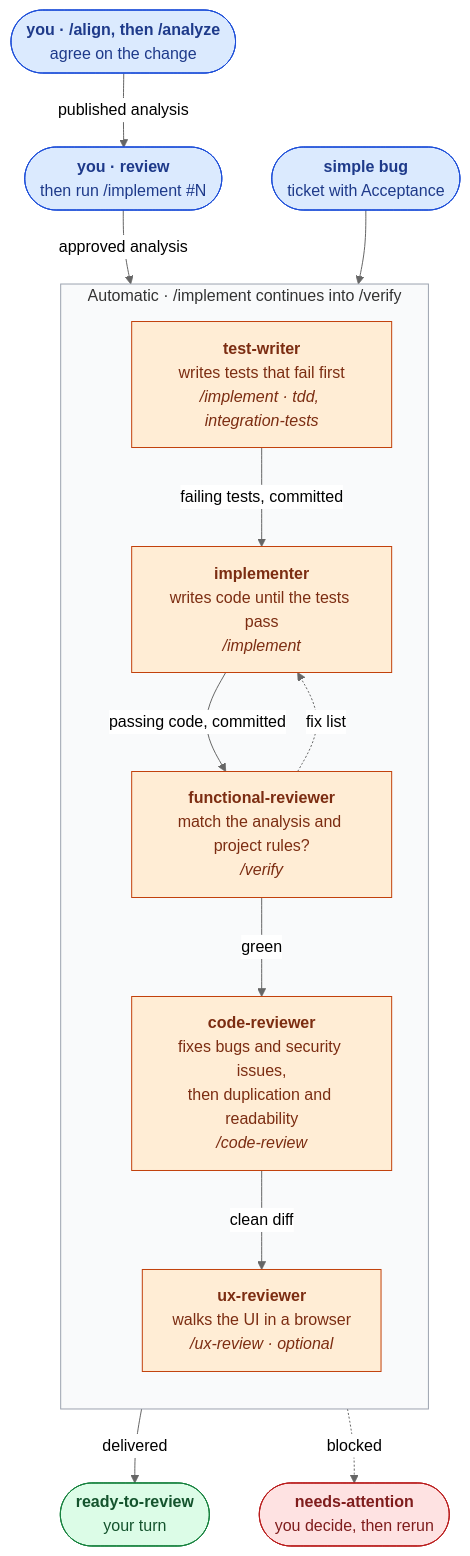
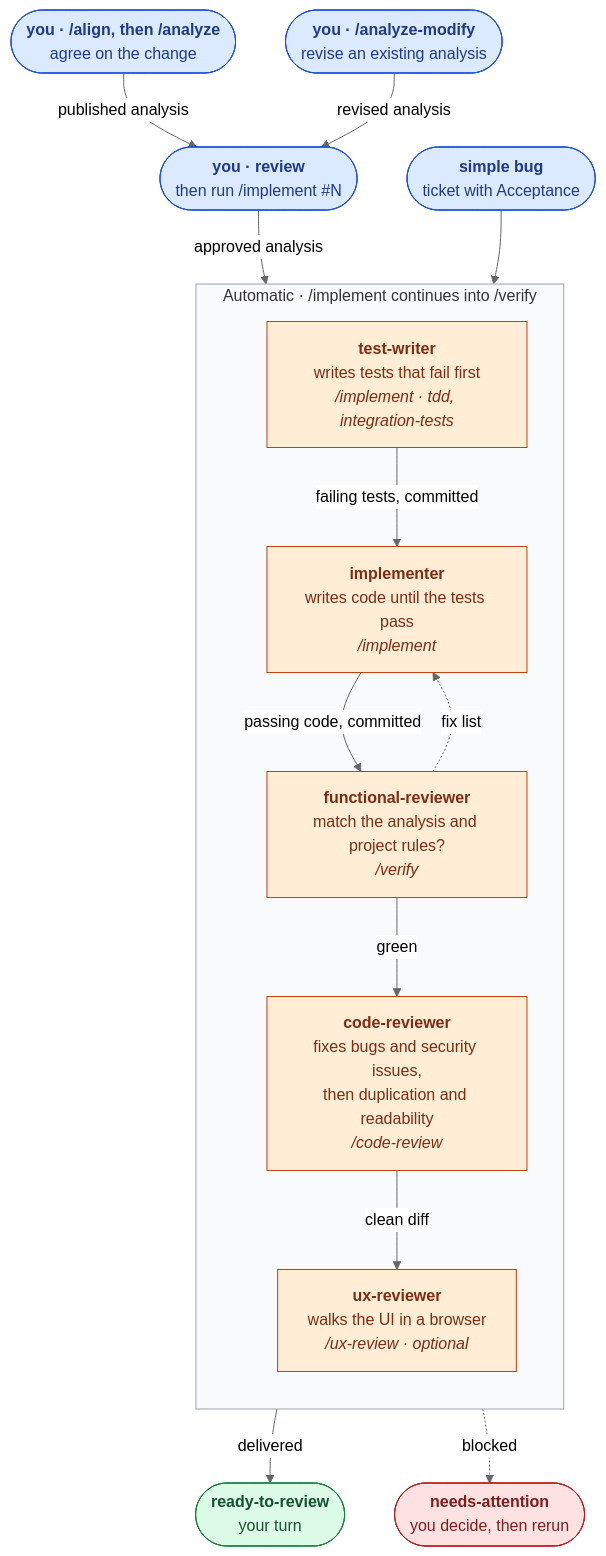
Before and after one commit to rdurica/enterprise-engineering-skills: the diagram in README.md, drawn with Mermaid (neutral theme). The commit also changed other lines of this file and 5 other files, not shown here.

First line of the commit message:
feat(analyze-modify): add skill to revise an existing analysis

````diff
--- a/README.md
+++ b/README.md
@@ -22,39 +22,41 @@
 ```mermaid
 flowchart TD
     Align(["<b>you · /align, then /analyze</b><br/>agree on the change"])
     Review(["<b>you · review</b><br/>then run /implement #N"])
     Bug(["<b>simple bug</b><br/>ticket with Acceptance"])
+    Modify(["<b>you · /analyze-modify</b><br/>revise an existing analysis"])
 
     subgraph Auto["Automatic · /implement continues into /verify"]
         direction TB
         testWriter["<b>test-writer</b><br/>writes tests that fail first<br/><i>/implement · tdd, integration-tests</i>"]
         implementer["<b>implementer</b><br/>writes code until the tests pass<br/><i>/implement</i>"]
         functional["<b>functional-reviewer</b><br/>match the analysis and project rules?<br/><i>/verify</i>"]
         codeReview["<b>code-reviewer</b><br/>fixes bugs and security issues,<br/>then duplication and readability<br/><i>/code-review</i>"]
         ux["<b>ux-reviewer</b><br/>walks the UI in a browser<br/><i>/ux-review · optional</i>"]
 
         testWriter -- "failing tests, committed" --> implementer
         implementer -- "passing code, committed" --> functional
         functional -. "fix list" .-> implementer
         functional -- "green" --> codeReview
         codeReview -- "clean diff" --> ux
     end
 
     Ready(["<b>ready-to-review</b><br/>your turn"])
     Attention(["<b>needs-attention</b><br/>you decide, then rerun"])
 
     Align -- "published analysis" --> Review -- "approved analysis" --> testWriter
+    Modify -- "revised analysis" --> Review
     Bug --> testWriter
     ux -- "delivered" --> Ready
     Auto -. "blocked" .-> Attention
 
     classDef human fill:#dbeafe,stroke:#1d4ed8,color:#1e3a8a
     classDef agent fill:#ffedd5,stroke:#c2410c,color:#7c2d12
     classDef ready fill:#dcfce7,stroke:#15803d,color:#14532d
     classDef blocked fill:#fee2e2,stroke:#b91c1c,color:#7f1d1d
-    class Align,Review,Bug human
+    class Align,Review,Bug,Modify human
     class testWriter,implementer,functional,codeReview,ux agent
     class Ready ready
     class Attention blocked
     style Auto fill:#f9fafb,stroke:#9ca3af
 ```
````
